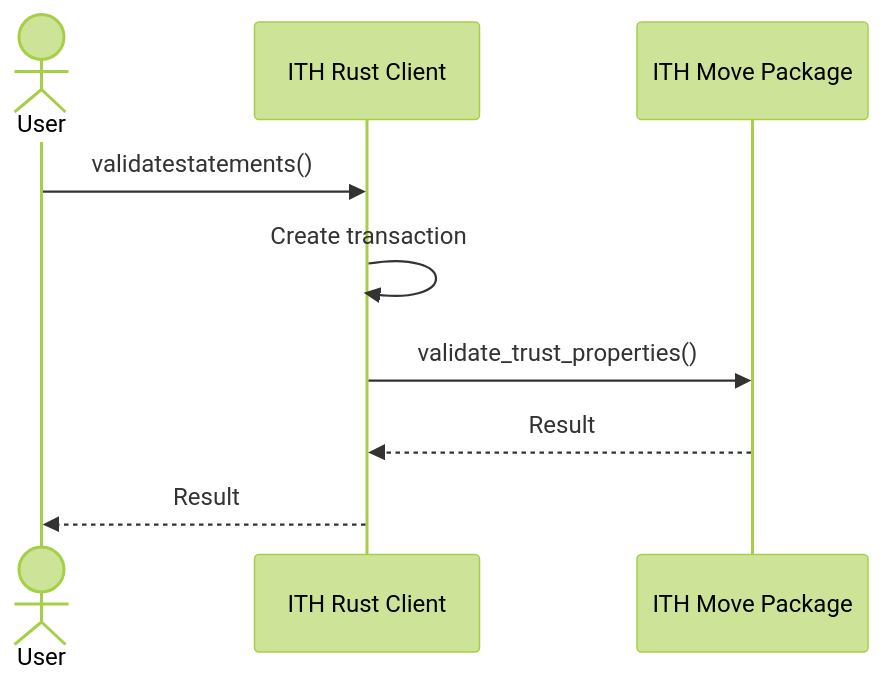
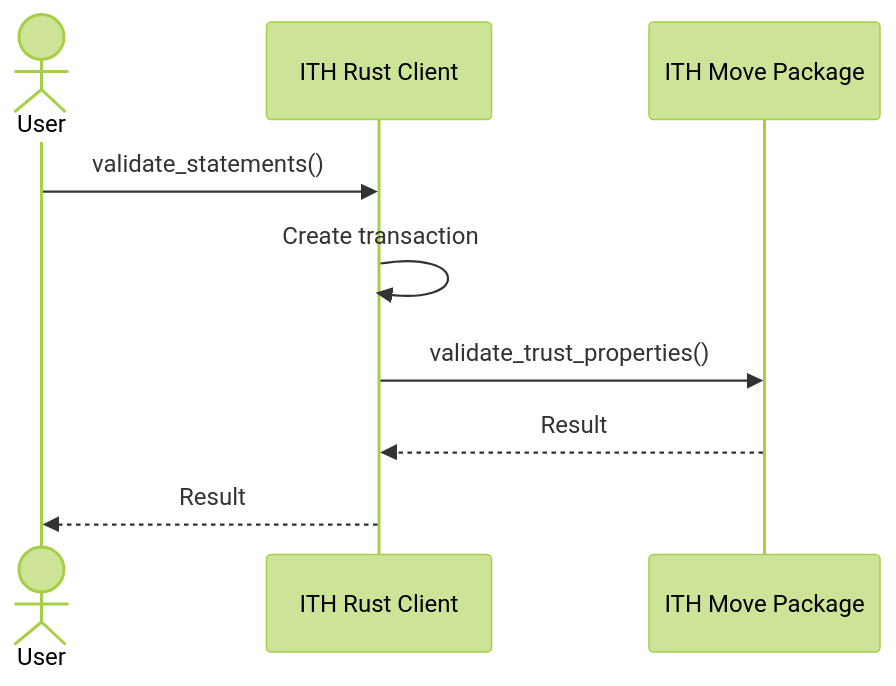
The first of 3 diagrams in README.md (iotaledger/hierarchies), drawn with Mermaid (forest theme) before and after one commit. The commit also changed other lines of this file and 22 other files, not shown here.

````diff
--- a/README.md
+++ b/README.md
@@ -219,12 +219,12 @@
 ```mermaid
   sequenceDiagram
       actor User
       participant ITHRustClient as ITH Rust Client
       participant ITHMovePackage as ITH Move Package
 
-      User ->> ITHRustClient: validatestatements()
+      User ->> ITHRustClient: validate_statements()
       ITHRustClient ->> ITHRustClient: Create transaction
       ITHRustClient ->> ITHMovePackage: validate_trust_properties()
       ITHMovePackage -->> ITHRustClient: Result
       ITHRustClient -->> User: Result
 ```
````
